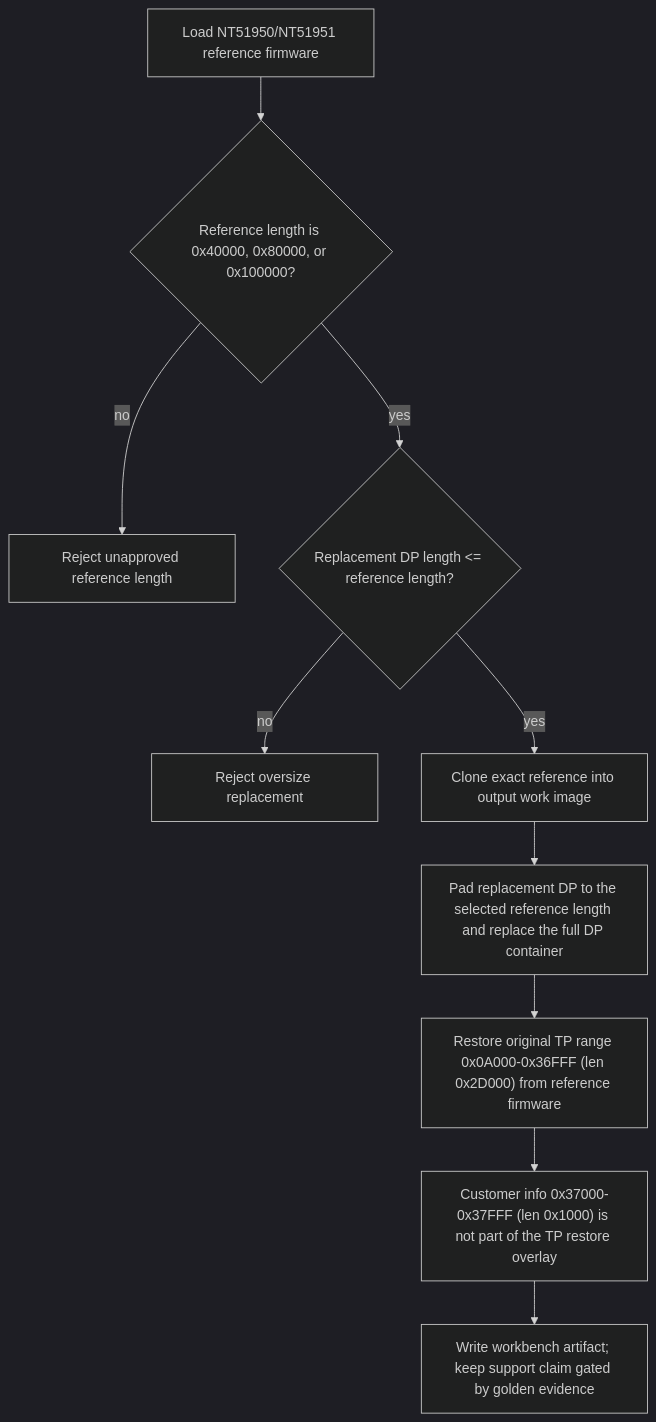
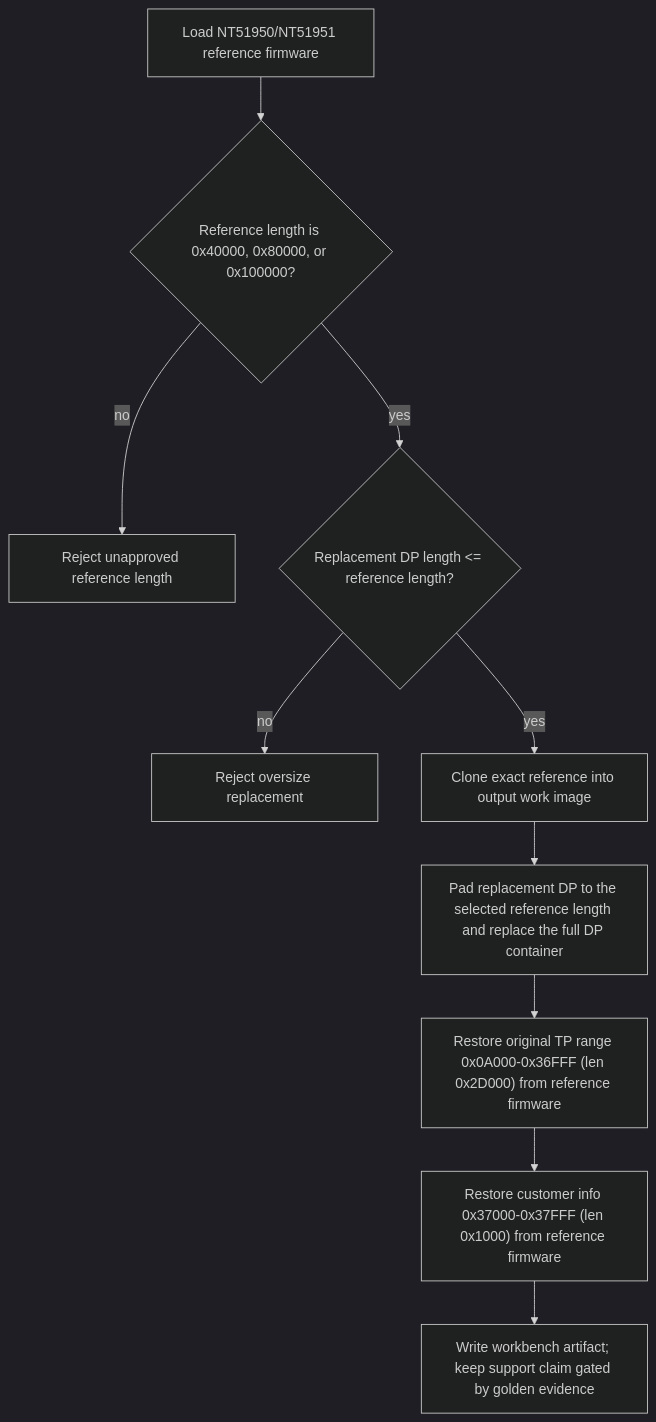
Before and after one commit to Dennis40816/nvt_fw_combiner: the sixth of 12 diagrams in docs/architecture/ic-workflow-flowcharts.md, drawn with Mermaid (dark theme). The commit also changed 10 other files, not shown here.

````diff
--- a/docs/architecture/ic-workflow-flowcharts.md
+++ b/docs/architecture/ic-workflow-flowcharts.md
@@ -143,12 +143,12 @@
 ```mermaid
 flowchart TD
     A["Load NT51950/NT51951 reference firmware"] --> B{"Reference length is 0x40000, 0x80000, or 0x100000?"}
     B -- "no" --> C["Reject unapproved reference length"]
     B -- "yes" --> D{"Replacement DP length <= reference length?"}
     D -- "no" --> E["Reject oversize replacement"]
     D -- "yes" --> F["Clone exact reference into output work image"]
     F --> G["Pad replacement DP to the selected reference length and replace the full DP container"]
     G --> H["Restore original TP range 0x0A000-0x36FFF (len 0x2D000) from reference firmware"]
-    H --> I["Customer info 0x37000-0x37FFF (len 0x1000) is not part of the TP restore overlay"]
+    H --> I["Restore customer info 0x37000-0x37FFF (len 0x1000) from reference firmware"]
     I --> J["Write workbench artifact; keep support claim gated by golden evidence"]
 ```
````
